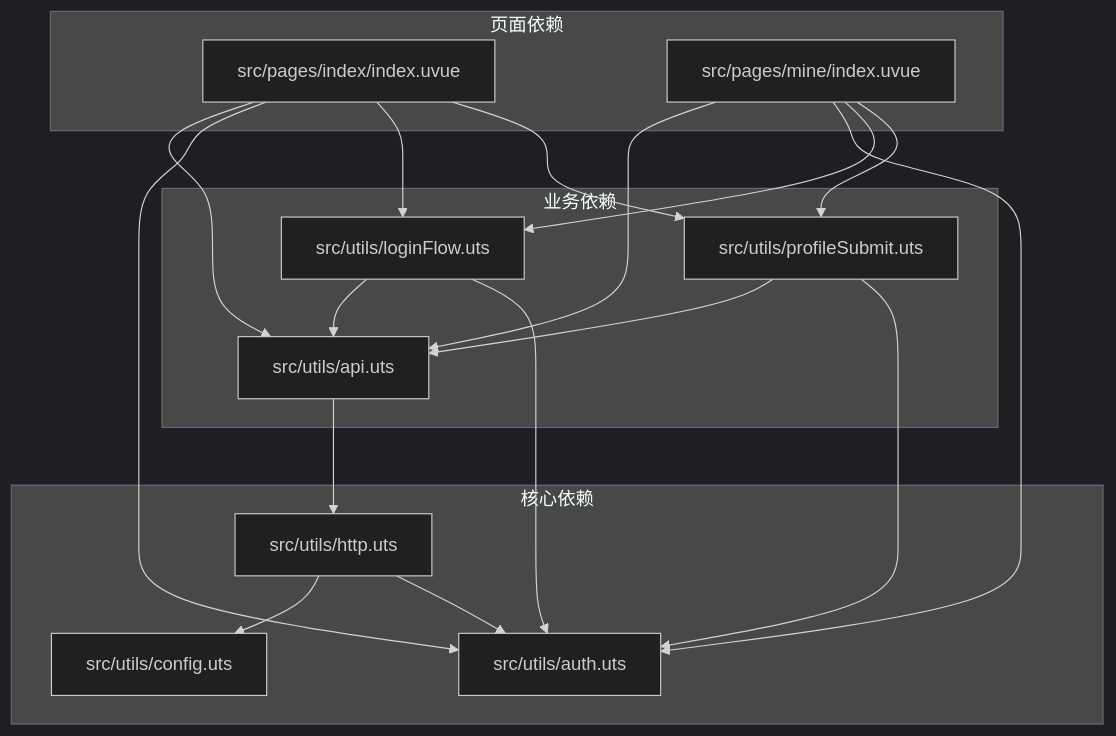
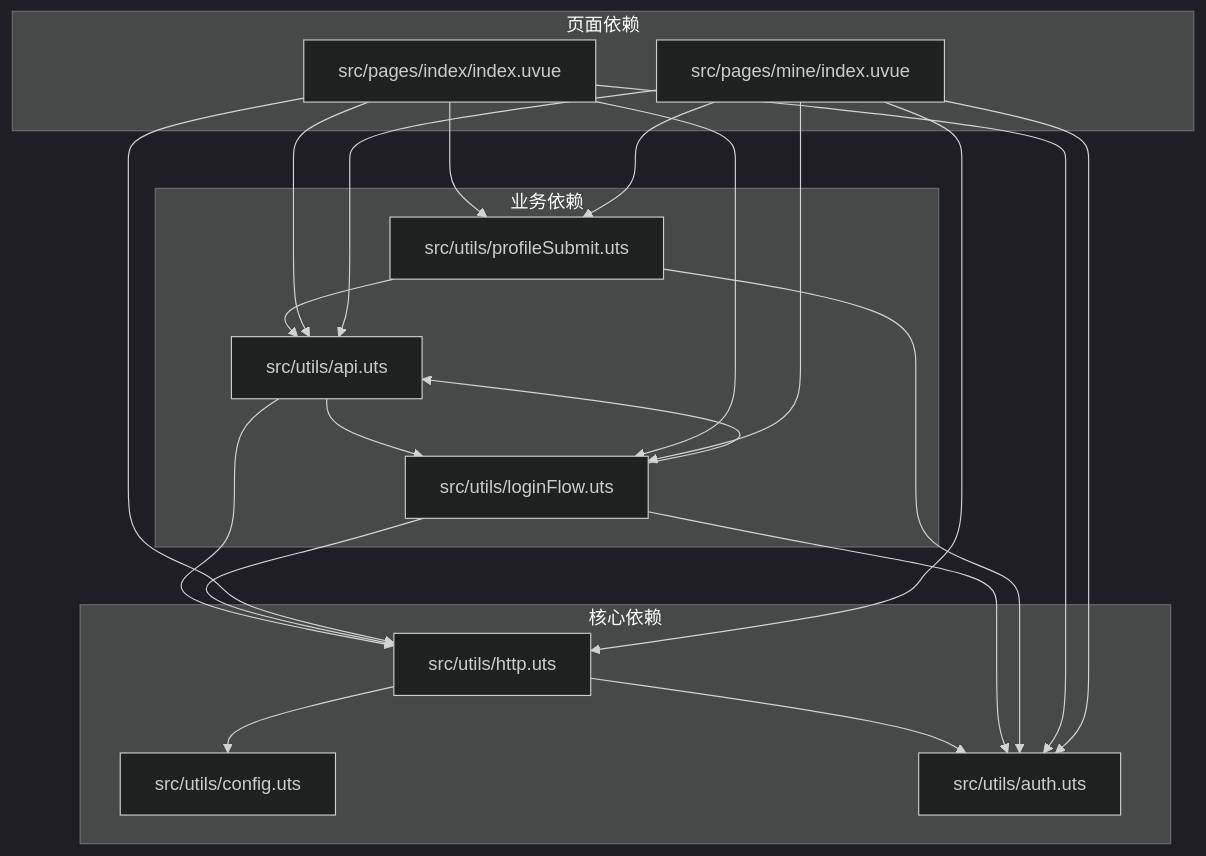
Before and after one commit to crazyma99/blueberry: the eighth of 8 diagrams in .qoder/repowiki/zh/content/工具模块详解/HTTP请求封装器.md, drawn with Mermaid (dark theme). The commit also changed other lines of this file and 7 other files, not shown here.

````diff
--- a/.qoder/repowiki/zh/content/工具模块详解/HTTP请求封装器.md
+++ b/.qoder/repowiki/zh/content/工具模块详解/HTTP请求封装器.md
@@ -359,32 +535,36 @@
 ```mermaid
 graph TB
 subgraph "核心依赖"
 HTTP[src/utils/http.uts]
 CONFIG[src/utils/config.uts]
 AUTH[src/utils/auth.uts]
 end
 subgraph "业务依赖"
 API[src/utils/api.uts]
 LOGIN[src/utils/loginFlow.uts]
 PROFILE[src/utils/profileSubmit.uts]
 end
 subgraph "页面依赖"
 INDEX[src/pages/index/index.uvue]
 MINE[src/pages/mine/index.uvue]
 end
 HTTP --> CONFIG
 HTTP --> AUTH
 API --> HTTP
+API --> LOGIN
 LOGIN --> API
 LOGIN --> AUTH
+LOGIN --> HTTP
 PROFILE --> API
 PROFILE --> AUTH
 INDEX --> API
 INDEX --> AUTH
 INDEX --> LOGIN
 INDEX --> PROFILE
+INDEX --> HTTP
 MINE --> API
 MINE --> AUTH
 MINE --> LOGIN
 MINE --> PROFILE
+MINE --> HTTP
 ```
````
